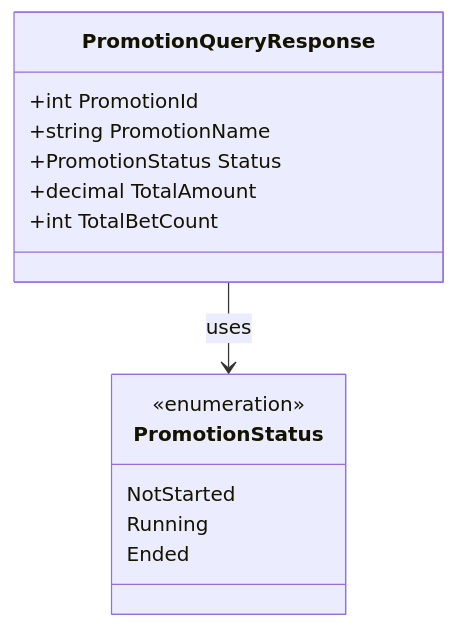
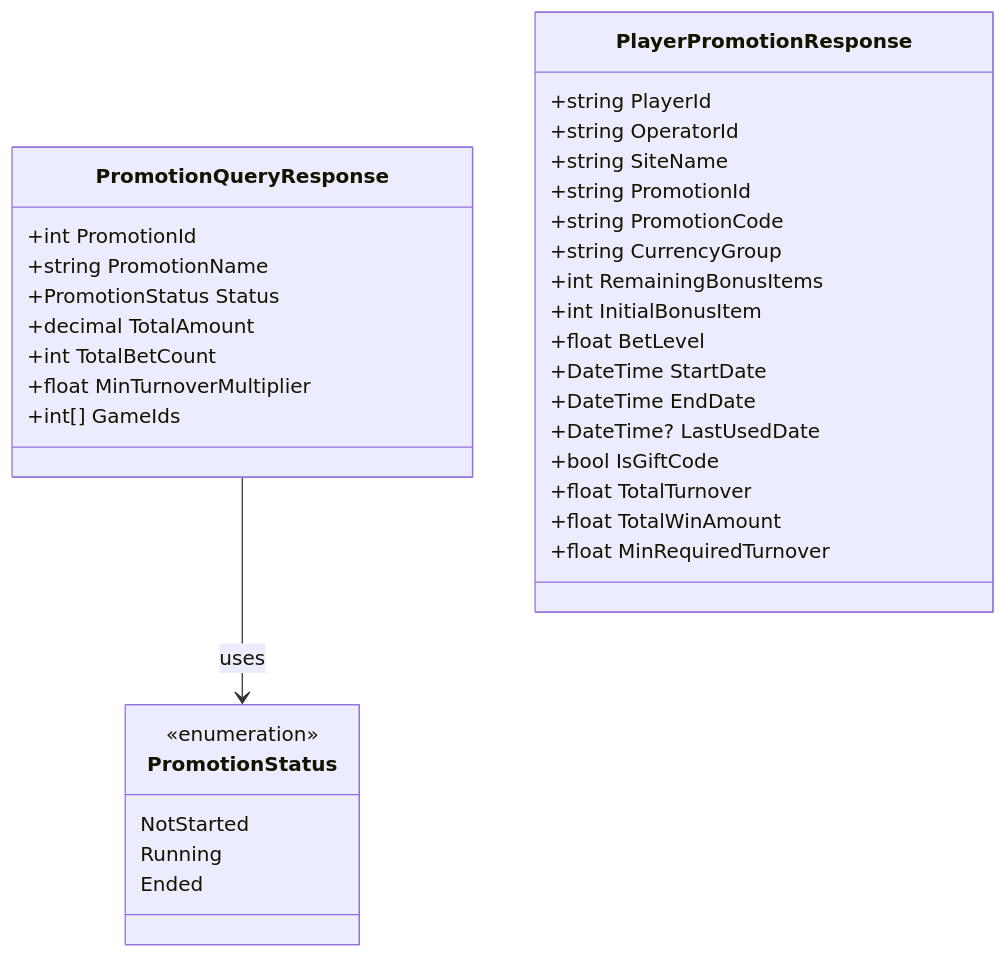
The third of 3 diagrams in diagrams/api-endpoints/PromotionAPI.md (starixvn/l1_backend-services_game-promotion-api), drawn with Mermaid before and after one commit. The commit also changed other lines of this file and 3 other files, not shown here.

Commit message:
doc: add MinTurnoverMultiplier requirement

````diff
--- a/diagrams/api-endpoints/PromotionAPI.md
+++ b/diagrams/api-endpoints/PromotionAPI.md
@@ -59,19 +110,40 @@
 ```mermaid
 classDiagram
     class PromotionQueryResponse {
         +int PromotionId
         +string PromotionName
         +PromotionStatus Status
         +decimal TotalAmount
         +int TotalBetCount
+        +float MinTurnoverMultiplier
+        +int[] GameIds
     }
 
     class PromotionStatus {
         <<enumeration>>
         NotStarted
         Running
         Ended
     }
 
+    class PlayerPromotionResponse {
+        +string PlayerId
+        +string OperatorId
+        +string SiteName
+        +string PromotionId
+        +string PromotionCode
+        +string CurrencyGroup
+        +int RemainingBonusItems
+        +int InitialBonusItem
+        +float BetLevel
+        +DateTime StartDate
+        +DateTime EndDate
+        +DateTime? LastUsedDate
+        +bool IsGiftCode
+        +float TotalTurnover
+        +float TotalWinAmount
+        +float MinRequiredTurnover
+    }
+
     PromotionQueryResponse --> PromotionStatus : uses
 ```
````
